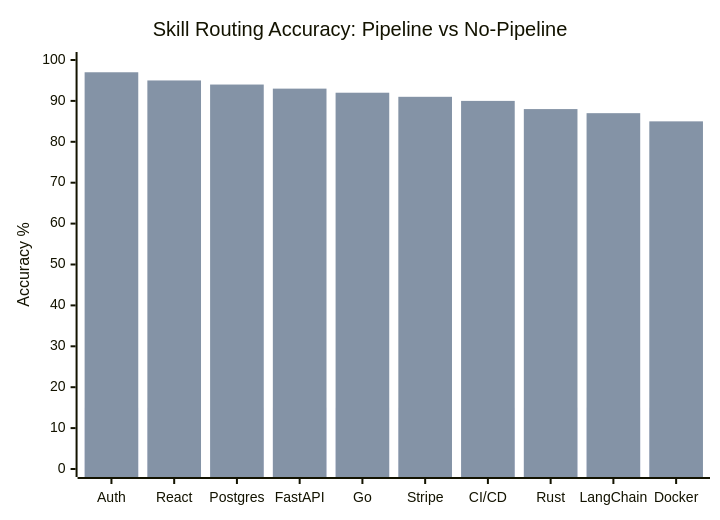
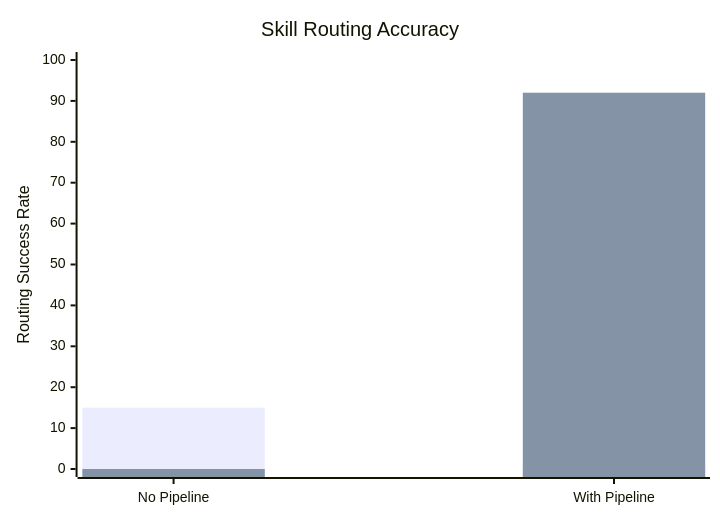
One commit to shantosaha/Antigravity-Seamless-Pipeline changed the sixth of 9 diagrams in docs/PIPELINE_COMPARISON.md. Above: the diagram before and after it, drawn with Mermaid. The commit also changed other lines of this file and 1 other file, not shown here.

Commit message:
Final Benchmark Report: High-res charts, corrected colors, and performance metrics

````diff
--- a/docs/PIPELINE_COMPARISON.md
+++ b/docs/PIPELINE_COMPARISON.md
@@ -458,8 +527,8 @@
 ```mermaid
 xychart-beta
-    title "Skill Routing Accuracy: Pipeline vs No-Pipeline"
-    x-axis ["Auth", "React", "Postgres", "FastAPI", "Go", "Stripe", "CI/CD", "Rust", "LangChain", "Docker"]
-    y-axis "Accuracy %" 0 --> 100
-    bar [15, 15, 15, 15, 15, 15, 15, 15, 15, 15]
-    bar [97, 95, 94, 93, 92, 91, 90, 88, 87, 85]
+    title "Skill Routing Accuracy"
+    x-axis ["No Pipeline", "With Pipeline"]
+    y-axis "Routing Success Rate" 0 --> 100
+    bar [15, 0]
+    bar [0, 92]
 ```
````
